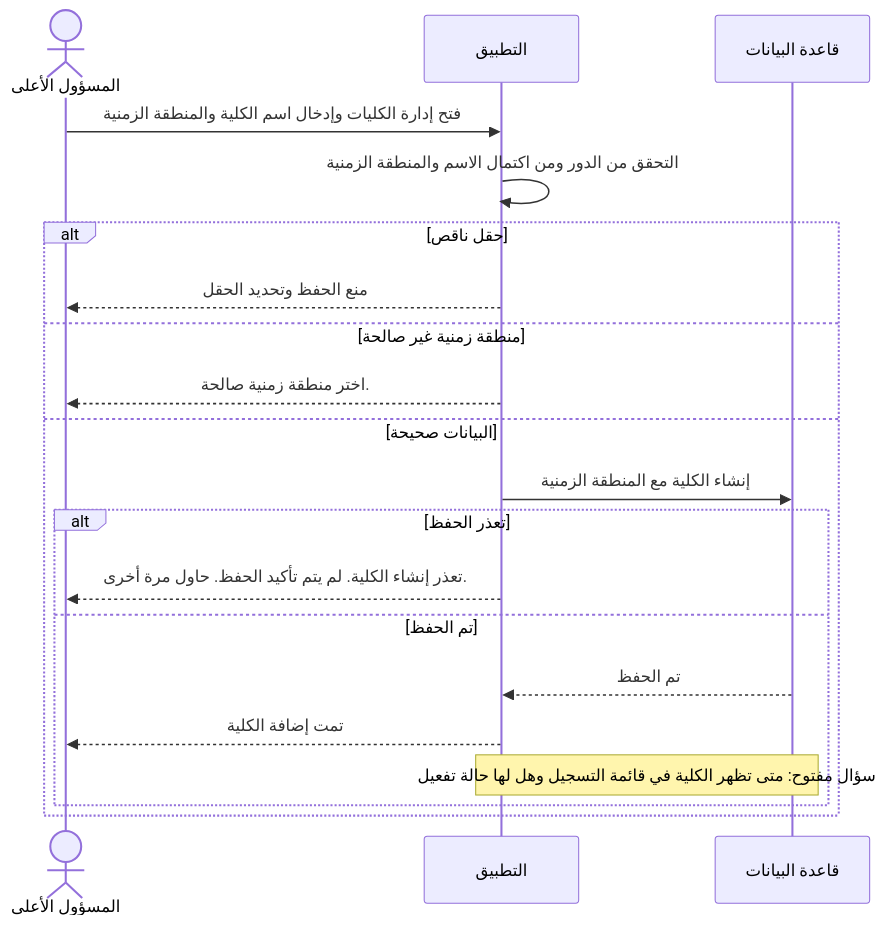
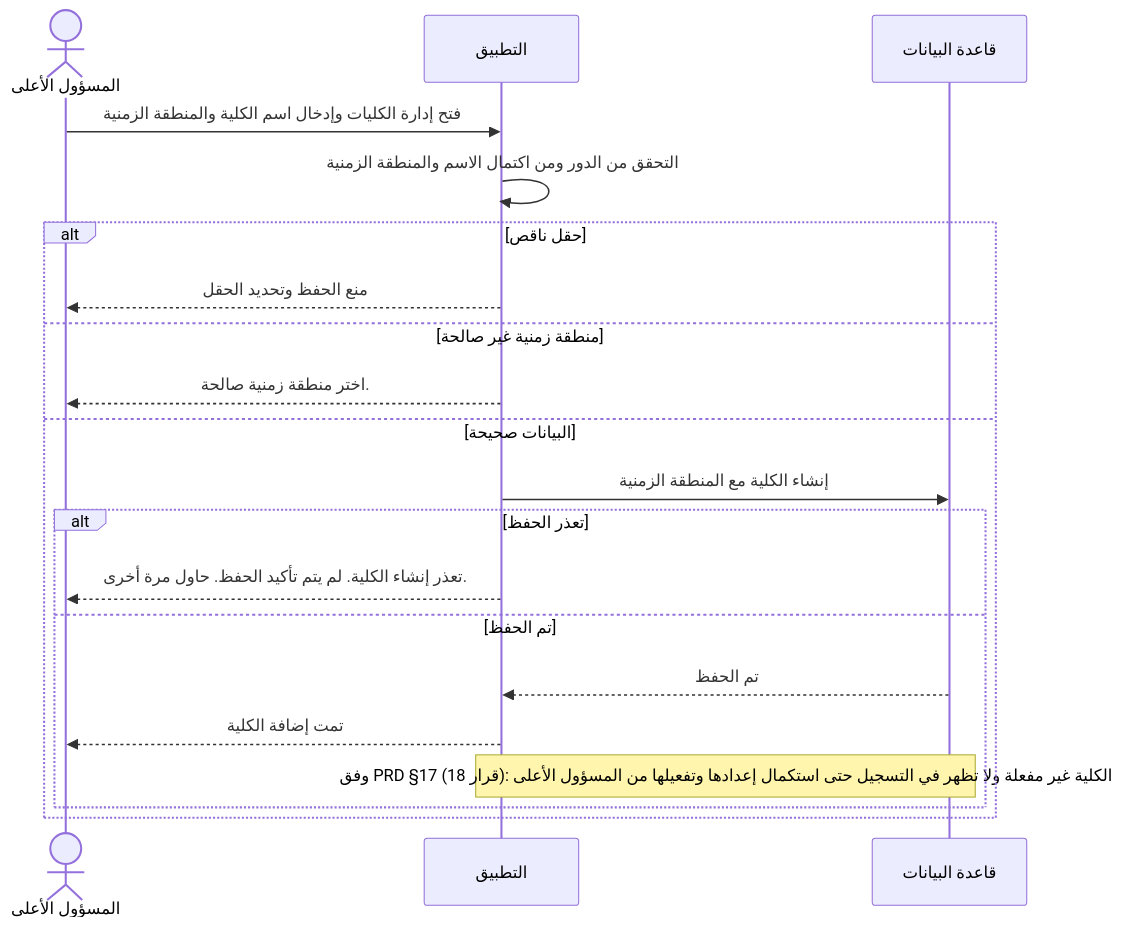
The third of 10 diagrams in docs/diagrams/sequence-diagrams.md (lamasaleh241-bit/university-field-training-management-system), drawn with Mermaid before and after one commit. The commit also changed other lines of this file, not shown here.

Commit message:
docs: reconcile approved PRD decisions across project specifications

````diff
--- a/docs/diagrams/sequence-diagrams.md
+++ b/docs/diagrams/sequence-diagrams.md
@@ -96,24 +96,24 @@
 ```mermaid
 sequenceDiagram
     actor SA as المسؤول الأعلى
     participant A as التطبيق
     participant D as قاعدة البيانات
 
     SA->>A: فتح إدارة الكليات وإدخال اسم الكلية والمنطقة الزمنية
     A->>A: التحقق من الدور ومن اكتمال الاسم والمنطقة الزمنية
 
     alt حقل ناقص
         A-->>SA: منع الحفظ وتحديد الحقل
     else منطقة زمنية غير صالحة
         A-->>SA: اختر منطقة زمنية صالحة.
     else البيانات صحيحة
         A->>D: إنشاء الكلية مع المنطقة الزمنية
         alt تعذر الحفظ
             A-->>SA: تعذر إنشاء الكلية. لم يتم تأكيد الحفظ. حاول مرة أخرى.
         else تم الحفظ
             D-->>A: تم الحفظ
             A-->>SA: تمت إضافة الكلية
-            Note over A,D: سؤال مفتوح: متى تظهر الكلية في قائمة التسجيل وهل لها حالة تفعيل
+            Note over A,D: وفق PRD §17 (قرار 18): الكلية غير مفعلة ولا تظهر في التسجيل حتى استكمال إعدادها وتفعيلها من المسؤول الأعلى
         end
     end
 ```
````
